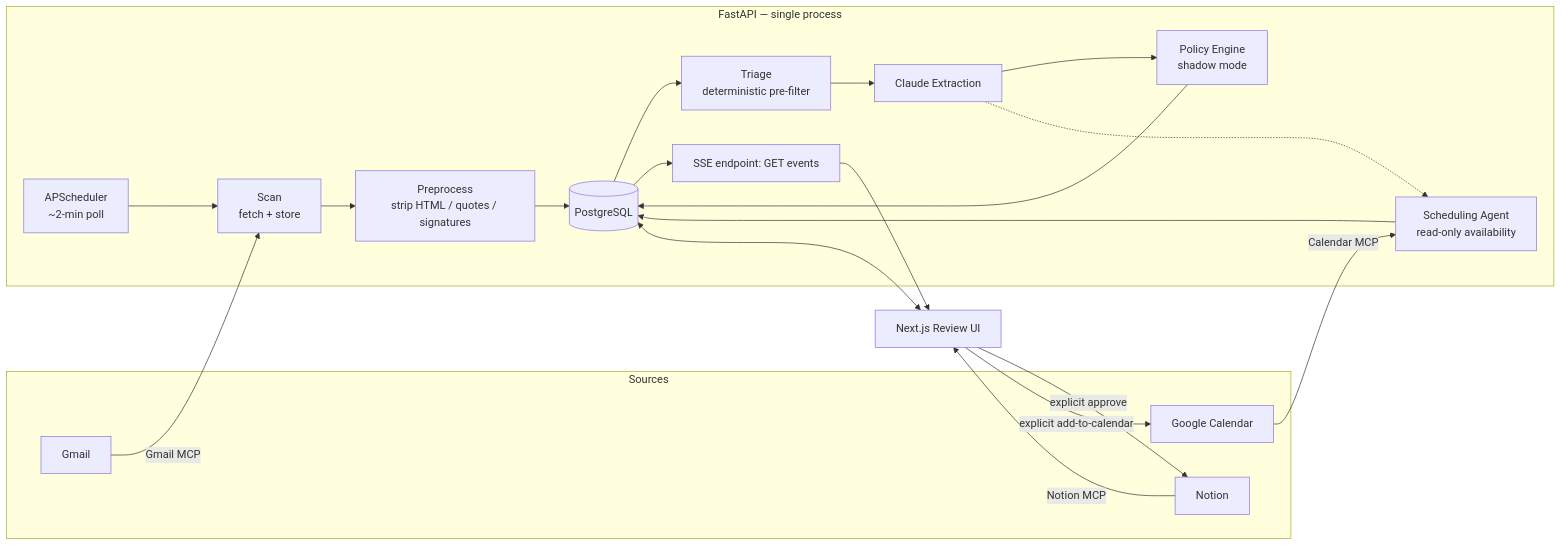
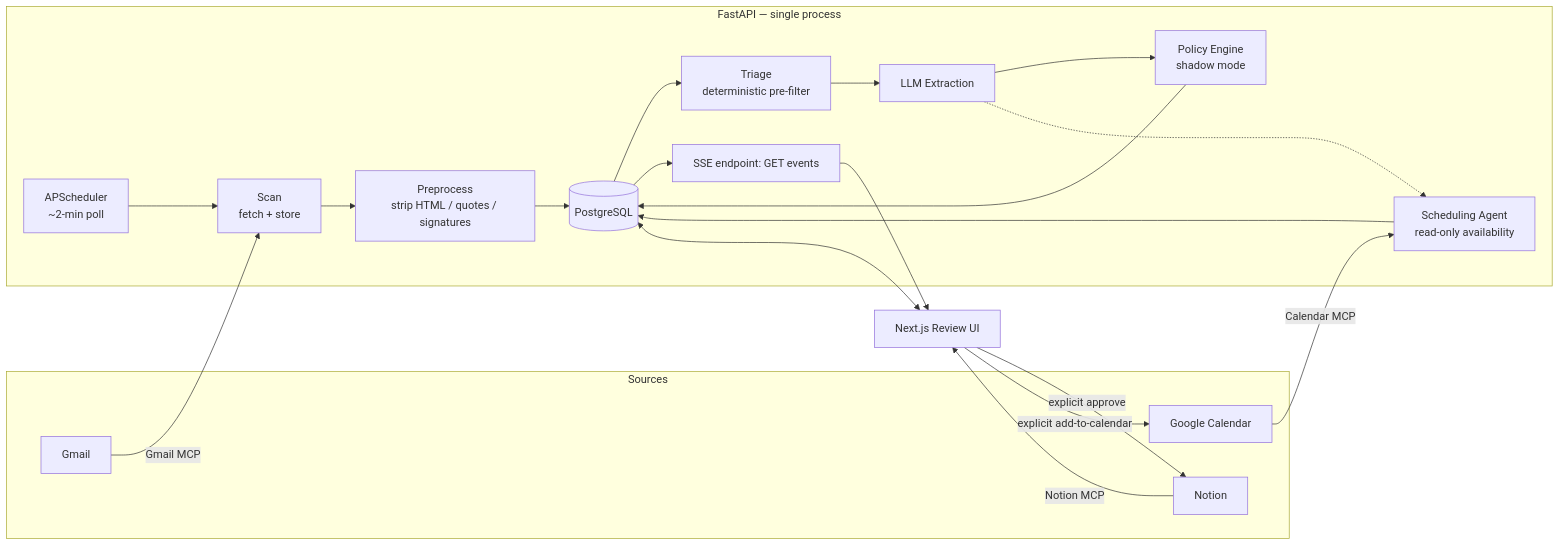
One commit to FarhanUllah382/inbox-to-action changed the diagram in README.md. Above: the diagram before and after it, drawn with Mermaid. The commit also changed other lines of this file and 2 other files, not shown here.

````diff
--- a/README.md
+++ b/README.md
@@ -37,33 +39,33 @@
 ```mermaid
 flowchart LR
     subgraph Sources
         GM[Gmail]
         CAL[Google Calendar]
         NO[Notion]
     end
 
     subgraph Backend["FastAPI — single process"]
         SCHED[APScheduler\n~2-min poll]
         SCAN[Scan\nfetch + store]
         PRE[Preprocess\nstrip HTML / quotes / signatures]
         TRI[Triage\ndeterministic pre-filter]
-        EXT[Claude Extraction]
+        EXT[LLM Extraction]
         POL[Policy Engine\nshadow mode]
         SCHAGENT[Scheduling Agent\nread-only availability]
         DB[(PostgreSQL)]
         SSE[SSE endpoint: GET events]
     end
 
     UI[Next.js Review UI]
 
     SCHED --> SCAN
     GM -- Gmail MCP --> SCAN --> PRE --> DB
     DB --> TRI --> EXT --> POL --> DB
     EXT -.-> SCHAGENT
     CAL -- Calendar MCP --> SCHAGENT --> DB
     DB --> SSE --> UI
     UI <--> DB
     UI -- explicit approve --> NO
     NO -- Notion MCP --> UI
     UI -- explicit add-to-calendar --> CAL
 ```
````
